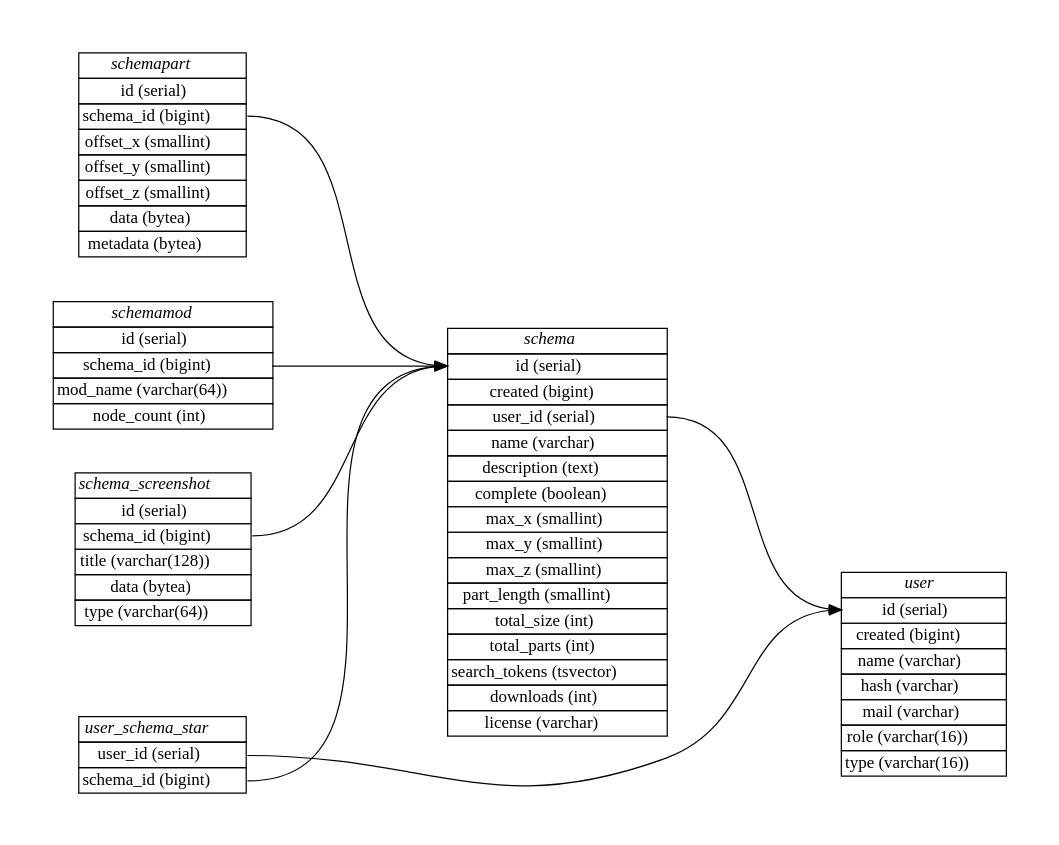
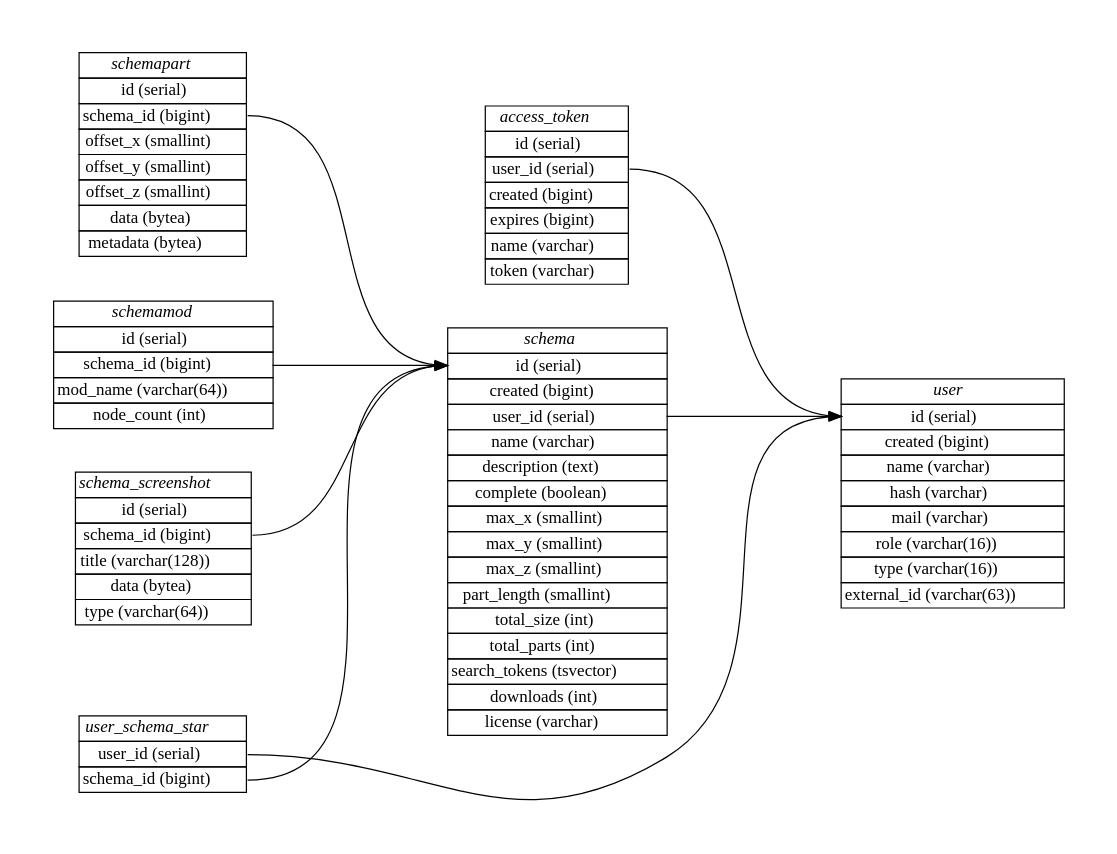
One commit to blockexchange/blockexchange_server changed the diagram in doc/database.dot. Above: the diagram before and after it, drawn with Graphviz. The commit also changed 2 other files, not shown here.

Commit message:
add and document "access_token" table

```diff
--- a/doc/database.dot
+++ b/doc/database.dot
@@ -1,83 +1,96 @@
 digraph {
-    graph [pad="0.5", nodesep="0.5", ranksep="2"];
-    node [shape=plain]
-    rankdir=LR;
+	graph [pad="0.5", nodesep="0.5", ranksep="2"];
+	node [shape=plain]
+	rankdir=LR;
 
-user [label=<
-<table border="0" cellborder="1" cellspacing="0">
-  <tr><td><i>user</i></td></tr>
-  <tr><td port="1">id (serial)</td></tr>
-  <tr><td port="2">created (bigint)</td></tr>
-  <tr><td port="3">name (varchar)</td></tr>
-  <tr><td port="4">hash (varchar)</td></tr>
-  <tr><td port="5">mail (varchar)</td></tr>
-	<tr><td port="5a">role (varchar(16))</td></tr>
-	<tr><td port="5b">type (varchar(16))</td></tr>
-</table>>];
+	user [label=<
+	<table border="0" cellborder="1" cellspacing="0">
+	  <tr><td><i>user</i></td></tr>
+	  <tr><td port="1">id (serial)</td></tr>
+	  <tr><td port="2">created (bigint)</td></tr>
+	  <tr><td port="3">name (varchar)</td></tr>
+	  <tr><td port="4">hash (varchar)</td></tr>
+	  <tr><td port="5">mail (varchar)</td></tr>
+		<tr><td port="5a">role (varchar(16))</td></tr>
+		<tr><td port="5b">type (varchar(16))</td></tr>
+		<tr><td port="5c">external_id (varchar(63))</td></tr>
+	</table>>];
+
+	access_token [label=<
+	<table border="0" cellborder="1" cellspacing="0">
+	  <tr><td><i>access_token</i></td></tr>
+	  <tr><td port="40">id (serial)</td></tr>
+		<tr><td port="41">user_id (serial)</td></tr>
+		<tr><td port="42">created (bigint)</td></tr>
+		<tr><td port="43">expires (bigint)</td></tr>
+	  <tr><td port="44">name (varchar)</td></tr>
+	  <tr><td port="45">token (varchar)</td></tr>
+	</table>>];
 
 
-schema [label=<
-<table border="0" cellborder="1" cellspacing="0">
-  <tr><td><i>schema</i></td></tr>
-  <tr><td port="6">id (serial)</td></tr>
-  <tr><td port="7">created (bigint)</td></tr>
-  <tr><td port="8">user_id (serial)</td></tr>
-  <tr><td port="9">name (varchar)</td></tr>
-  <tr><td port="10">description (text)</td></tr>
-  <tr><td port="11">complete (boolean)</td></tr>
-  <tr><td port="12">max_x (smallint)</td></tr>
-  <tr><td port="13">max_y (smallint)</td></tr>
-  <tr><td port="14">max_z (smallint)</td></tr>
-  <tr><td port="15">part_length (smallint)</td></tr>
-  <tr><td port="16">total_size (int)</td></tr>
-  <tr><td port="17">total_parts (int)</td></tr>
-  <tr><td port="18">search_tokens (tsvector)</td></tr>
-  <tr><td port="19">downloads (int)</td></tr>
-  <tr><td port="20">license (varchar)</td></tr>
-</table>>];
+	schema [label=<
+	<table border="0" cellborder="1" cellspacing="0">
+	  <tr><td><i>schema</i></td></tr>
+	  <tr><td port="6">id (serial)</td></tr>
+	  <tr><td port="7">created (bigint)</td></tr>
+	  <tr><td port="8">user_id (serial)</td></tr>
+	  <tr><td port="9">name (varchar)</td></tr>
+	  <tr><td port="10">description (text)</td></tr>
+	  <tr><td port="11">complete (boolean)</td></tr>
+	  <tr><td port="12">max_x (smallint)</td></tr>
+	  <tr><td port="13">max_y (smallint)</td></tr>
+	  <tr><td port="14">max_z (smallint)</td></tr>
+	  <tr><td port="15">part_length (smallint)</td></tr>
+	  <tr><td port="16">total_size (int)</td></tr>
+	  <tr><td port="17">total_parts (int)</td></tr>
+	  <tr><td port="18">search_tokens (tsvector)</td></tr>
+	  <tr><td port="19">downloads (int)</td></tr>
+	  <tr><td port="20">license (varchar)</td></tr>
+	</table>>];
 
-schemapart [label=<
-<table border="0" cellborder="1" cellspacing="0">
-  <tr><td><i>schemapart</i></td></tr>
-  <tr><td port="22">id (serial)</td></tr>
-  <tr><td port="23">schema_id (bigint)</td></tr>
-  <tr><td port="24">offset_x (smallint)</td></tr>
-  <tr><td port="25">offset_y (smallint)</td></tr>
-  <tr><td port="26">offset_z (smallint)</td></tr>
-  <tr><td port="27">data (bytea)</td></tr>
-  <tr><td port="28">metadata (bytea)</td></tr>
-</table>>];
+	schemapart [label=<
+	<table border="0" cellborder="1" cellspacing="0">
+	  <tr><td><i>schemapart</i></td></tr>
+	  <tr><td port="22">id (serial)</td></tr>
+	  <tr><td port="23">schema_id (bigint)</td></tr>
+	  <tr><td port="24">offset_x (smallint)</td></tr>
+	  <tr><td port="25">offset_y (smallint)</td></tr>
+	  <tr><td port="26">offset_z (smallint)</td></tr>
+	  <tr><td port="27">data (bytea)</td></tr>
+	  <tr><td port="28">metadata (bytea)</td></tr>
+	</table>>];
 
-schemamod [label=<
-<table border="0" cellborder="1" cellspacing="0">
-  <tr><td><i>schemamod</i></td></tr>
-  <tr><td port="29">id (serial)</td></tr>
-  <tr><td port="30">schema_id (bigint)</td></tr>
-  <tr><td port="31">mod_name (varchar(64))</td></tr>
-  <tr><td port="32">node_count (int)</td></tr>
-</table>>];
+	schemamod [label=<
+	<table border="0" cellborder="1" cellspacing="0">
+	  <tr><td><i>schemamod</i></td></tr>
+	  <tr><td port="29">id (serial)</td></tr>
+	  <tr><td port="30">schema_id (bigint)</td></tr>
+	  <tr><td port="31">mod_name (varchar(64))</td></tr>
+	  <tr><td port="32">node_count (int)</td></tr>
+	</table>>];
 
-user_schema_star [label=<
-<table border="0" cellborder="1" cellspacing="0">
-  <tr><td><i>user_schema_star</i></td></tr>
-  <tr><td port="33">user_id (serial)</td></tr>
-  <tr><td port="34">schema_id (bigint)</td></tr>
-</table>>];
+	user_schema_star [label=<
+	<table border="0" cellborder="1" cellspacing="0">
+	  <tr><td><i>user_schema_star</i></td></tr>
+	  <tr><td port="33">user_id (serial)</td></tr>
+	  <tr><td port="34">schema_id (bigint)</td></tr>
+	</table>>];
 
-schema_screenshot [label=<
-<table border="0" cellborder="1" cellspacing="0">
-  <tr><td><i>schema_screenshot</i></td></tr>
-  <tr><td port="35">id (serial)</td></tr>
-  <tr><td port="36">schema_id (bigint)</td></tr>
-  <tr><td port="37">title (varchar(128))</td></tr>
-  <tr><td port="38">data (bytea)</td></tr>
-  <tr><td port="39">type (varchar(64))</td></tr>
-</table>>];
+	schema_screenshot [label=<
+	<table border="0" cellborder="1" cellspacing="0">
+	  <tr><td><i>schema_screenshot</i></td></tr>
+	  <tr><td port="35">id (serial)</td></tr>
+	  <tr><td port="36">schema_id (bigint)</td></tr>
+	  <tr><td port="37">title (varchar(128))</td></tr>
+	  <tr><td port="38">data (bytea)</td></tr>
+	  <tr><td port="39">type (varchar(64))</td></tr>
+	</table>>];
 
-schema:8 -> user:1;
-schemapart:23 -> schema:6;
-schemamod:30 -> schema:6;
-user_schema_star:33 -> user:1;
-user_schema_star:34 -> schema:6;
-schema_screenshot:36 -> schema:6;
+	schema:8 -> user:1;
+	access_token:41 -> user:1
+	schemapart:23 -> schema:6;
+	schemamod:30 -> schema:6;
+	user_schema_star:33 -> user:1;
+	user_schema_star:34 -> schema:6;
+	schema_screenshot:36 -> schema:6;
 }
```
